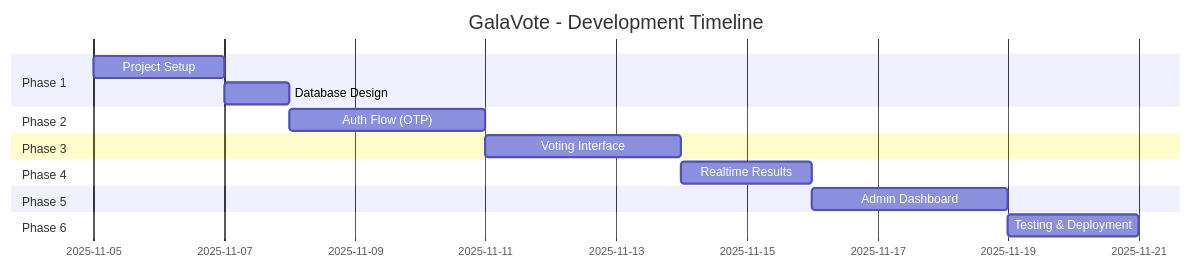
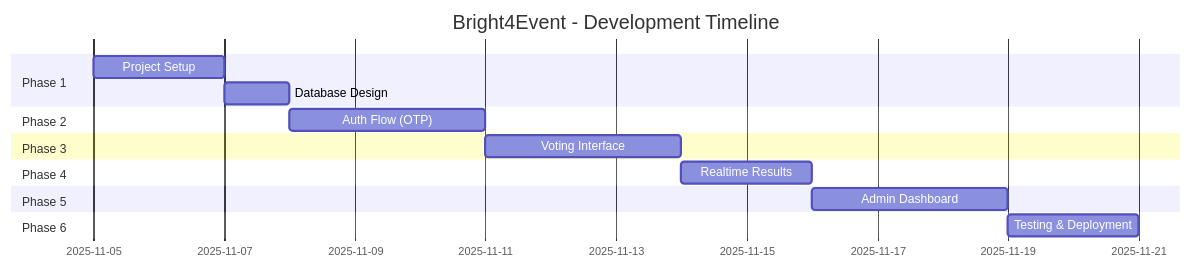
The diagram in docs/implementation-plan.md (t-code4change/event-voting), drawn with Mermaid before and after one commit. The commit also changed other lines of this file and 57 other files, not shown here.

````diff
--- a/docs/implementation-plan.md
+++ b/docs/implementation-plan.md
@@ -45,18 +45,18 @@
 ```mermaid
 gantt
-    title GalaVote - Development Timeline
+    title Bright4Event - Development Timeline
     dateFormat  YYYY-MM-DD
     section Phase 1
     Project Setup           :2025-11-05, 2d
     Database Design         :2025-11-07, 1d
     section Phase 2
     Auth Flow (OTP)         :2025-11-08, 3d
     section Phase 3
     Voting Interface        :2025-11-11, 3d
     section Phase 4
     Realtime Results        :2025-11-14, 2d
     section Phase 5
     Admin Dashboard         :2025-11-16, 3d
     section Phase 6
     Testing & Deployment    :2025-11-19, 2d
 ```
````
